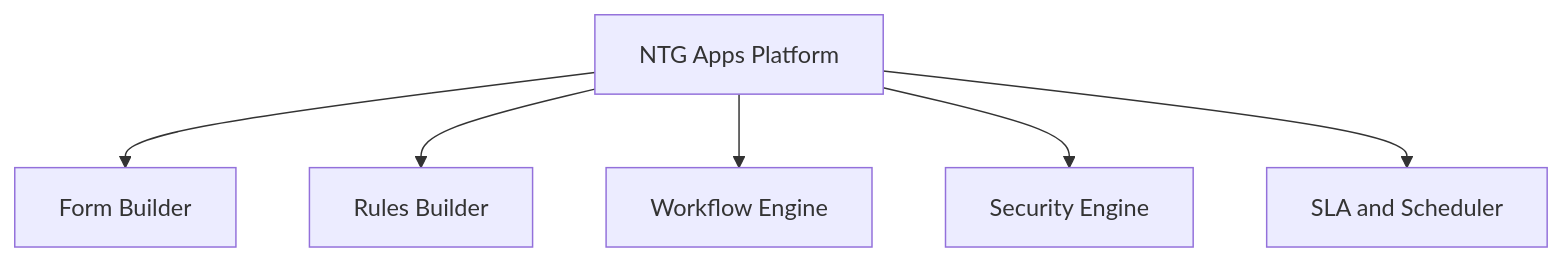
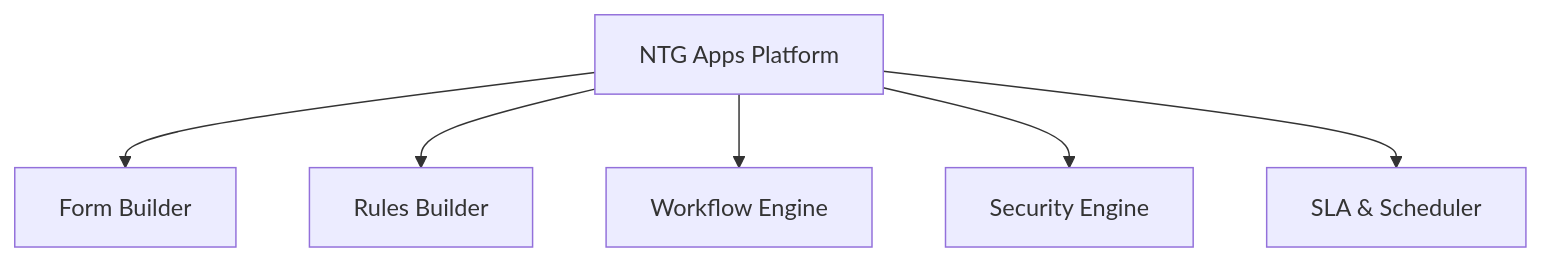
Before and after one commit to salmanb74-dev/ntg-apps-guide: the diagram in ntg_apps_complete_guide.md, drawn with Mermaid.

````diff
--- a/ntg_apps_complete_guide.md
+++ b/ntg_apps_complete_guide.md
@@ -45,10 +45,9 @@
 ```mermaid
-%%{init: {"flowchart": {"htmlLabels": false}} }%%
-%%{wrap}%%
-flowchart TD
-    A[NTG Apps Platform] --> B[Form Builder]
-    A --> C[Rules Builder]
-    A --> D[Workflow Engine]
-    A --> E[Security Engine]
-    A --> F[SLA and Scheduler]
+graph TD
+    NTG[NTG Apps Platform]
+    NTG --> FB[Form Builder]
+    NTG --> RB[Rules Builder]
+    NTG --> WE[Workflow Engine]
+    NTG --> SE[Security Engine]
+    NTG --> SLA[SLA & Scheduler]
 ```
````
